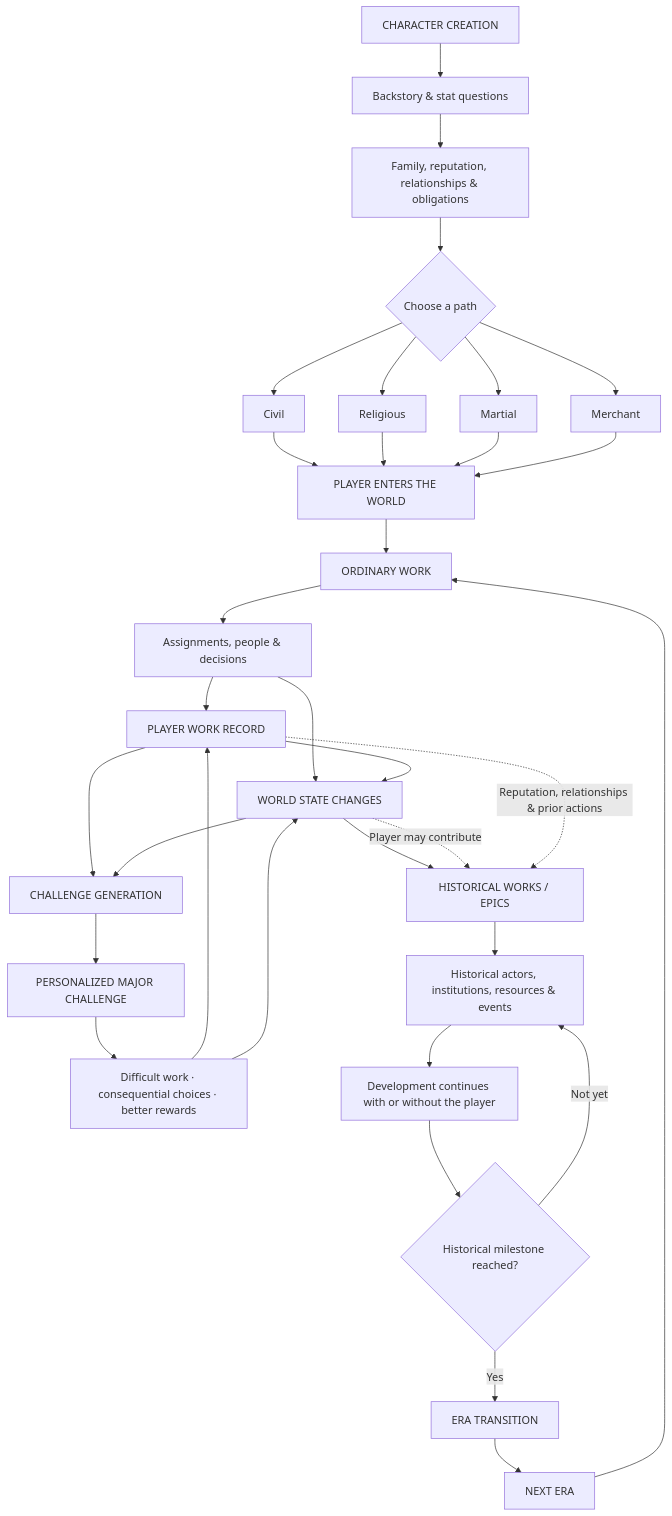
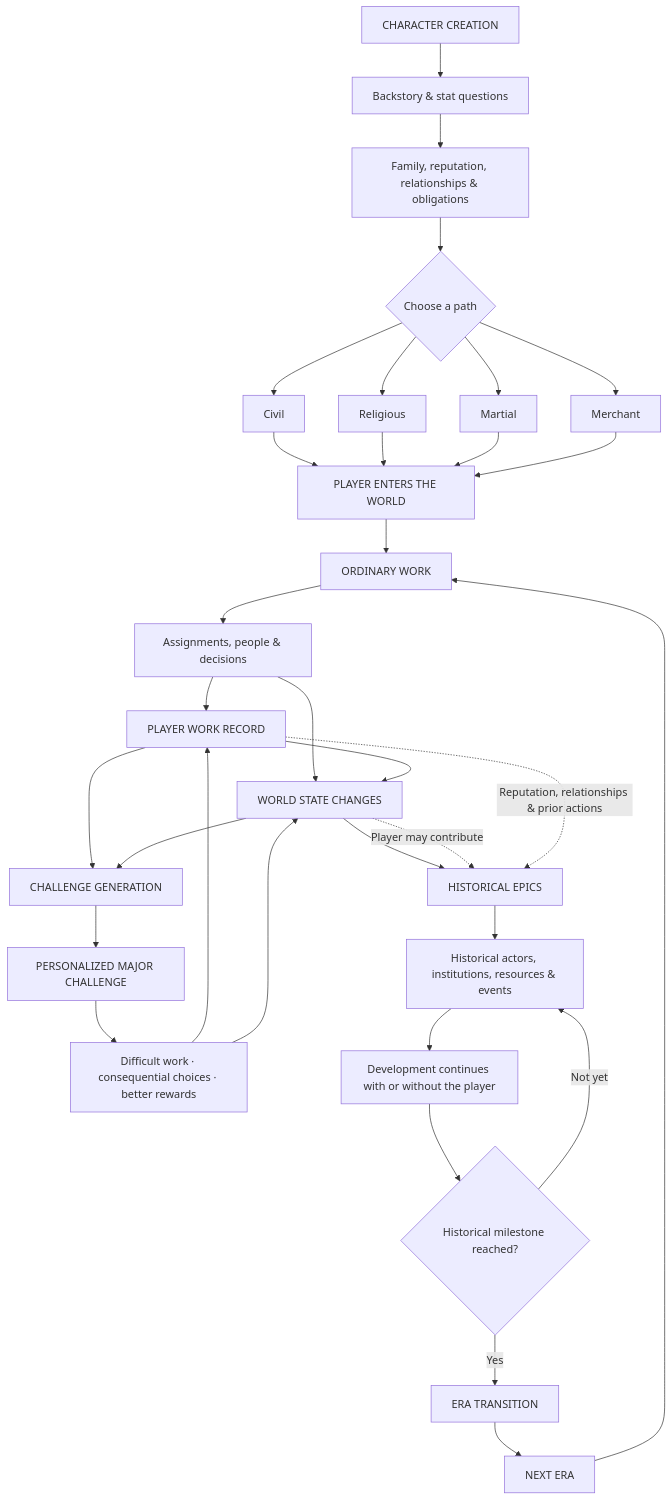
One commit to JawnGrimm/SoE changed the diagram in README.md. Above: the diagram before and after it, drawn with Mermaid. The commit also changed other lines of this file and 1065 other files, not shown here.

```diff
--- a/README.md
+++ b/README.md
@@ -19,40 +19,40 @@
 ~~~mermaid
 flowchart TD
     A["CHARACTER CREATION"] --> B["Backstory & stat questions"]
     B --> C["Family, reputation, relationships & obligations"]
     C --> D{"Choose a path"}
 
     D --> P1["Civil"]
     D --> P2["Religious"]
     D --> P3["Martial"]
     D --> P4["Merchant"]
 
     P1 --> E["PLAYER ENTERS THE WORLD"]
     P2 --> E
     P3 --> E
     P4 --> E
 
     E --> F["ORDINARY WORK"]
     F --> G["Assignments, people & decisions"]
     G --> H["PLAYER WORK RECORD"]
     G --> W["WORLD STATE CHANGES"]
     H --> W
 
     H --> I["CHALLENGE GENERATION"]
     W --> I
     I --> J["PERSONALIZED MAJOR CHALLENGE"]
     J --> K["Difficult work · consequential choices · better rewards"]
     K --> H
     K --> W
 
-    W --> L["HISTORICAL WORKS / EPICS"]
+    W --> L["HISTORICAL EPICS"]
     L --> M["Historical actors, institutions, resources & events"]
     M --> N["Development continues with or without the player"]
     W -. "Player may contribute" .-> L
     H -. "Reputation, relationships & prior actions" .-> L
     N --> O{"Historical milestone reached?"}
     O -- "Not yet" --> M
     O -- "Yes" --> Q["ERA TRANSITION"]
     Q --> R["NEXT ERA"]
     R --> F
 ~~~
```
